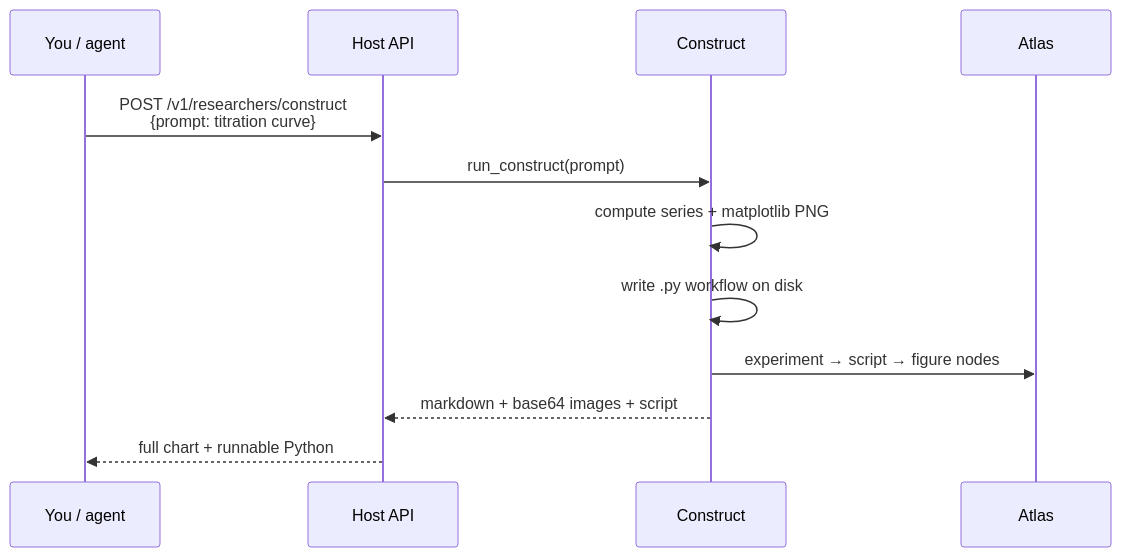
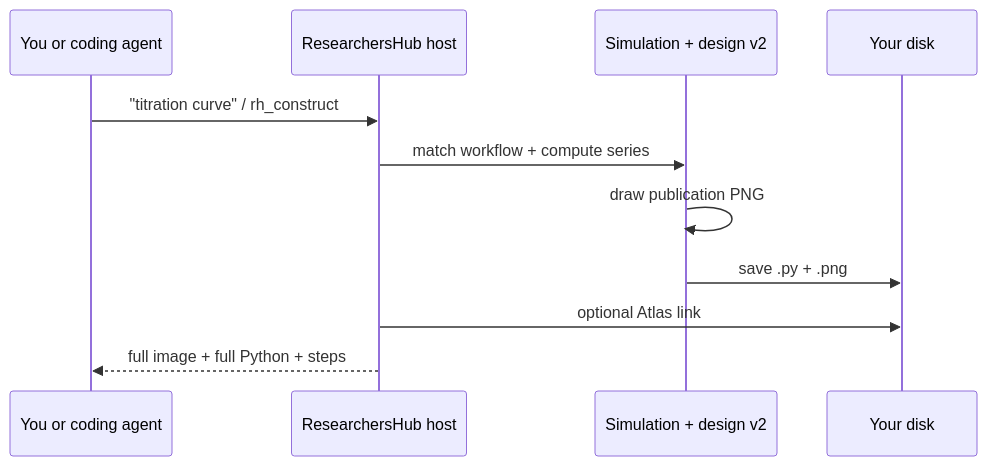
Before and after one commit to ItsNotAILABS/ResearchersHub: the second of 3 diagrams in README.md, drawn with Mermaid. The commit also changed other lines of this file and 3 other files, not shown here.

````diff
--- a/README.md
+++ b/README.md
@@ -88,14 +89,14 @@
 ```mermaid
 sequenceDiagram
-  participant U as You / agent
-  participant H as Host API
-  participant C as Construct
-  participant A as Atlas
-  U->>H: POST /v1/researchers/construct<br/>{prompt: titration curve}
-  H->>C: run_construct(prompt)
-  C->>C: compute series + matplotlib PNG
-  C->>C: write .py workflow on disk
-  C->>A: experiment → script → figure nodes
-  C-->>H: markdown + base64 images + script
-  H-->>U: full chart + runnable Python
+  participant You as You or coding agent
+  participant Host as ResearchersHub host
+  participant Sim as Simulation + design v2
+  participant Disk as Your disk
+
+  You->>Host: "titration curve" / rh_construct
+  Host->>Sim: match workflow + compute series
+  Sim->>Sim: draw publication PNG
+  Sim->>Disk: save .py + .png
+  Host->>Disk: optional Atlas link
+  Host-->>You: full image + full Python + steps
 ```
````
